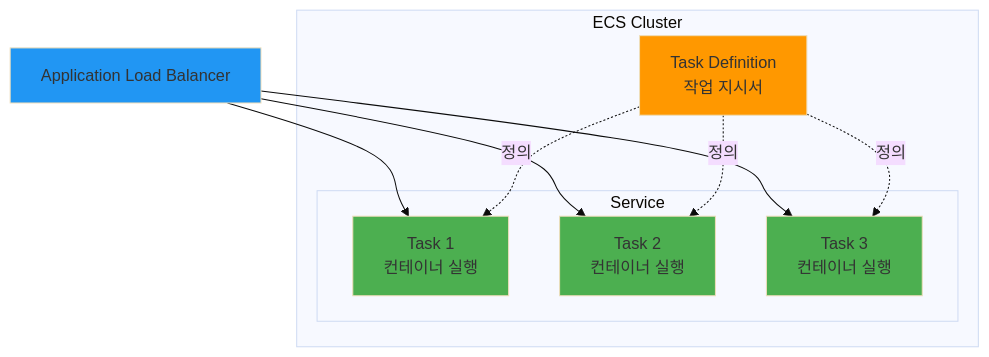
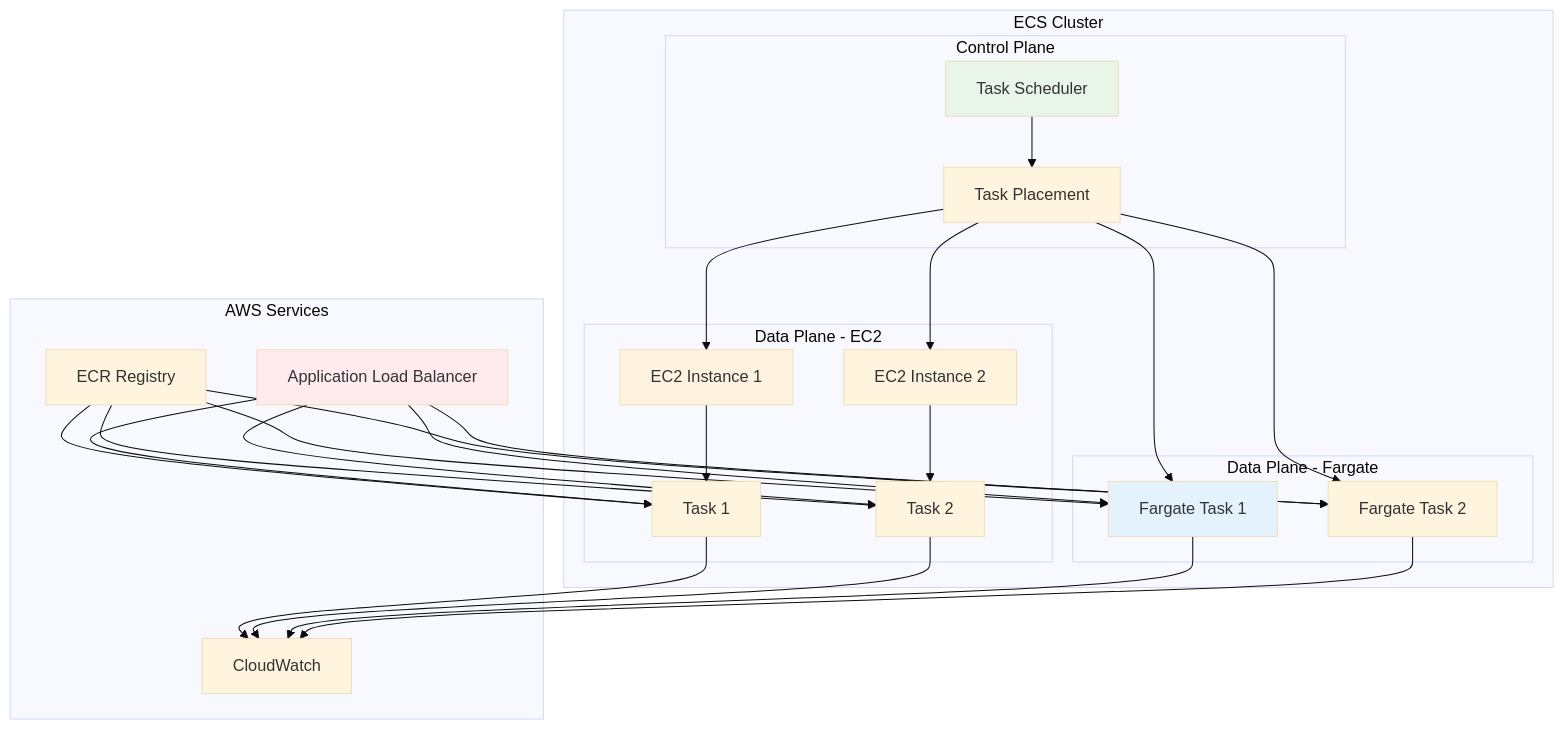
The second of 2 diagrams in theory/november/week_02/day3/session_1.md (niceguy61/kdt_devops_lecture_2025), drawn with Mermaid (base theme) before and after one commit. The commit also changed other lines of this file and 7 other files, not shown here.

````diff
--- a/theory/november/week_02/day3/session_1.md
+++ b/theory/november/week_02/day3/session_1.md
@@ -151,25 +84,52 @@
 ```mermaid
 graph TB
     subgraph "ECS Cluster"
-        subgraph "Service"
-            T1[Task 1<br/>컨테이너 실행]
-            T2[Task 2<br/>컨테이너 실행]
-            T3[Task 3<br/>컨테이너 실행]
+        subgraph "Control Plane"
+            SCHEDULER[Task Scheduler]
+            PLACEMENT[Task Placement]
         end
-        TD[Task Definition<br/>작업 지시서]
+        
+        subgraph "Data Plane - EC2"
+            EC2_1[EC2 Instance 1]
+            EC2_2[EC2 Instance 2]
+            TASK1[Task 1]
+            TASK2[Task 2]
+        end
+        
+        subgraph "Data Plane - Fargate"
+            FARGATE1[Fargate Task 1]
+            FARGATE2[Fargate Task 2]
+        end
     end
     
-    ALB[Application Load Balancer] --> T1
-    ALB --> T2
-    ALB --> T3
+    subgraph "AWS Services"
+        ALB[Application Load Balancer]
+        ECR[ECR Registry]
+        CW[CloudWatch]
+    end
     
-    TD -.정의.-> T1
-    TD -.정의.-> T2
-    TD -.정의.-> T3
+    SCHEDULER --> PLACEMENT
+    PLACEMENT --> EC2_1
+    PLACEMENT --> EC2_2
+    PLACEMENT --> FARGATE1
+    PLACEMENT --> FARGATE2
+    EC2_1 --> TASK1
+    EC2_2 --> TASK2
+    ECR --> TASK1
+    ECR --> TASK2
+    ECR --> FARGATE1
+    ECR --> FARGATE2
+    ALB --> TASK1
+    ALB --> TASK2
+    ALB --> FARGATE1
+    ALB --> FARGATE2
+    TASK1 --> CW
+    TASK2 --> CW
+    FARGATE1 --> CW
+    FARGATE2 --> CW
     
-    style TD fill:#ff9800
-    style T1 fill:#4caf50
-    style T2 fill:#4caf50
-    style T3 fill:#4caf50
-    style ALB fill:#2196f3
+    style SCHEDULER fill:#e8f5e8
+    style EC2_1 fill:#fff3e0
+    style FARGATE1 fill:#e3f2fd
+    style ALB fill:#ffebee
 ```
````
